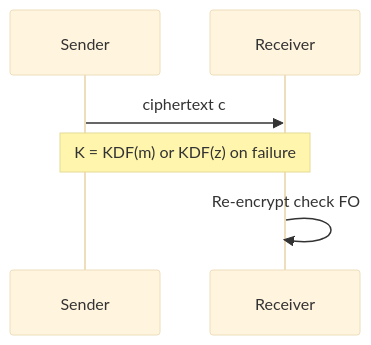
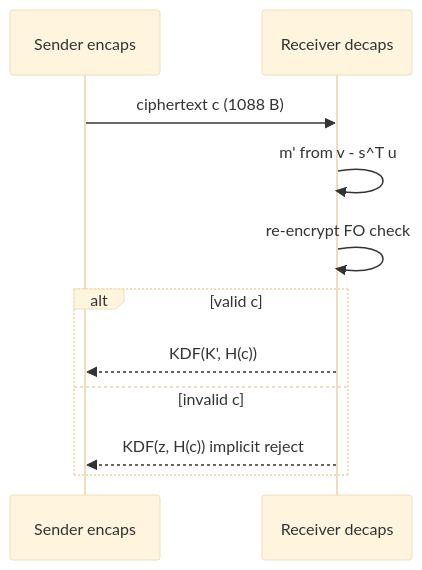
One commit to kalyogyogi-ui/Ai-check- changed the first of 2 diagrams in manuscript/chapters/11-fips-203-ml-kem.md. Above: the diagram before and after it, drawn with Mermaid (base theme). The commit also changed other lines of this file and 24 other files, not shown here.

````diff
--- a/manuscript/chapters/11-fips-203-ml-kem.md
+++ b/manuscript/chapters/11-fips-203-ml-kem.md
@@ -7,8 +14,13 @@
 ```mermaid
 sequenceDiagram
-  participant A as Sender
-  participant B as Receiver
-  A->>B: ciphertext c
-  Note over A,B: K = KDF(m) or KDF(z) on failure
-  B->>B: Re-encrypt check FO
+  participant S as Sender encaps
+  participant R as Receiver decaps
+  S->>R: ciphertext c (1088 B)
+  R->>R: m' from v - s^T u
+  R->>R: re-encrypt FO check
+  alt valid c
+    R-->>S: KDF(K', H(c))
+  else invalid c
+    R-->>S: KDF(z, H(c)) implicit reject
+  end
 ```
````
